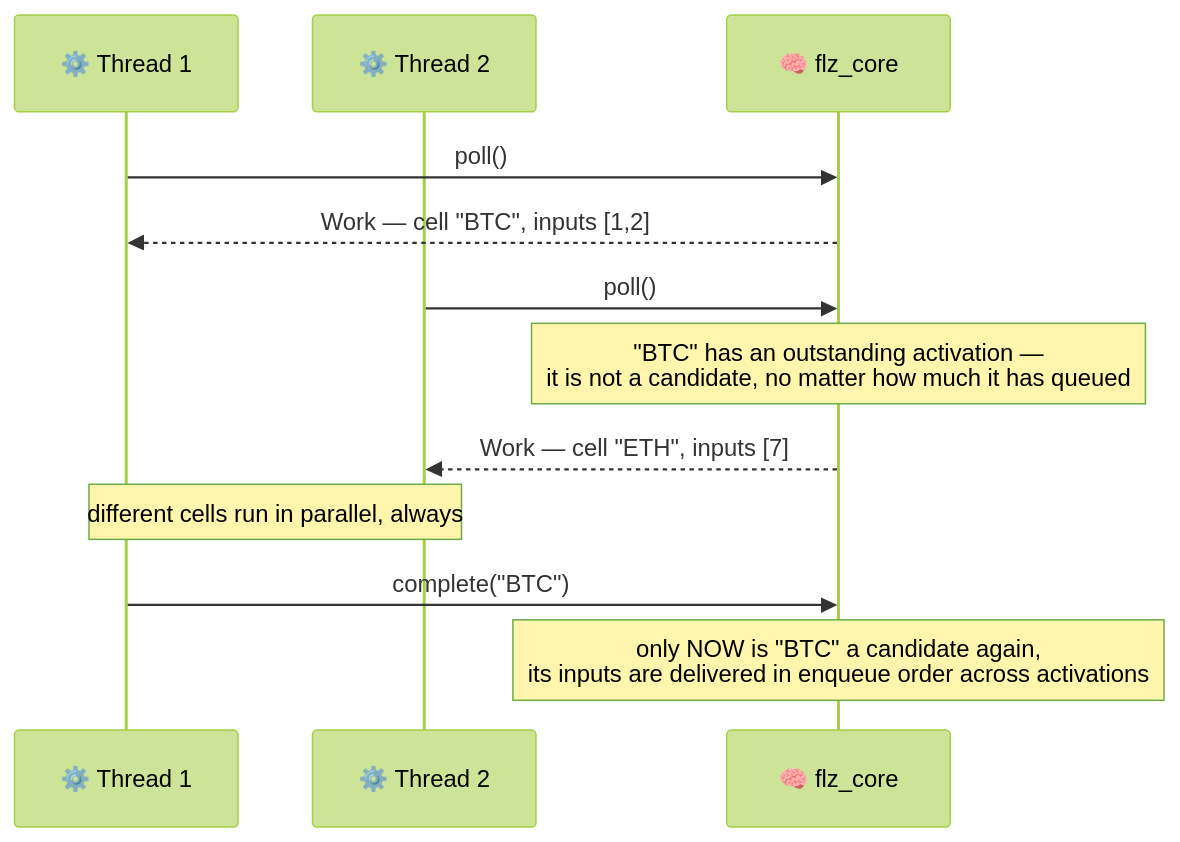
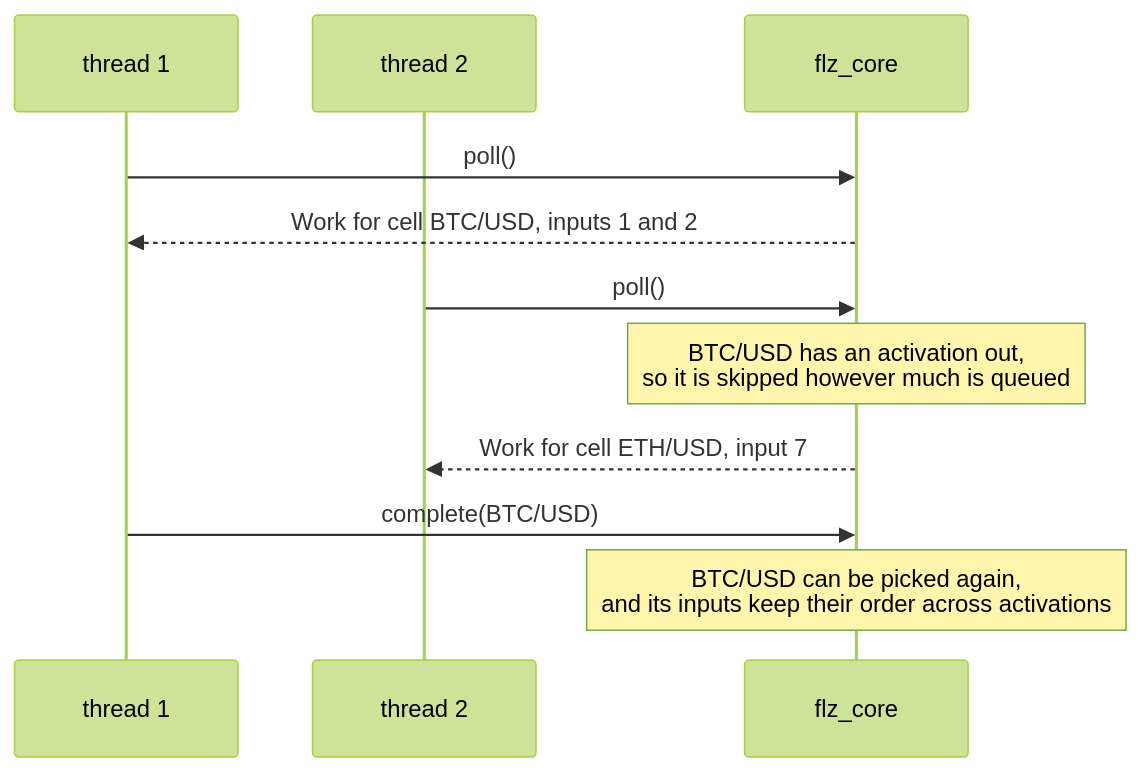
The third of 4 diagrams in docs/architecture/runner.md (Flezha/flezha), drawn with Mermaid (forest theme) before and after one commit. The commit also changed other lines of this file and 10 other files, not shown here.

First line of the commit message:
Publish the architecture pages as their own chapter in the docs

````diff
--- a/docs/architecture/runner.md
+++ b/docs/architecture/runner.md
@@ -204,15 +169,14 @@
 ```mermaid
 sequenceDiagram
-    participant T1 as ⚙️ Thread 1
-    participant T2 as ⚙️ Thread 2
-    participant CORE as 🧠 flz_core
+    participant T1 as thread 1
+    participant T2 as thread 2
+    participant CORE as flz_core
 
     T1->>CORE: poll()
-    CORE-->>T1: Work — cell "BTC", inputs [1,2]
+    CORE-->>T1: Work for cell BTC/USD, inputs 1 and 2
     T2->>CORE: poll()
-    Note over CORE: "BTC" has an outstanding activation —<br/>it is not a candidate, no matter how much it has queued
-    CORE-->>T2: Work — cell "ETH", inputs [7]
-    Note over T1,T2: different cells run in parallel, always
-    T1->>CORE: complete("BTC")
-    Note over CORE: only NOW is "BTC" a candidate again,<br/>its inputs are delivered in enqueue order across activations
+    Note over CORE: BTC/USD has an activation out,<br/>so it is skipped however much is queued
+    CORE-->>T2: Work for cell ETH/USD, input 7
+    T1->>CORE: complete(BTC/USD)
+    Note over CORE: BTC/USD can be picked again,<br/>and its inputs keep their order across activations
 ```
````
